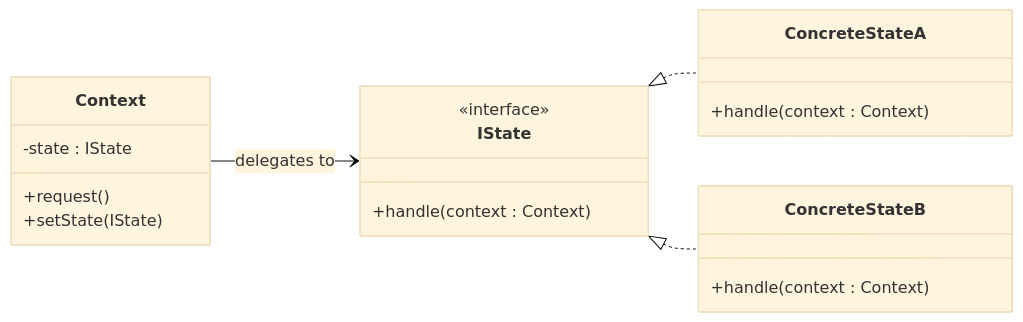
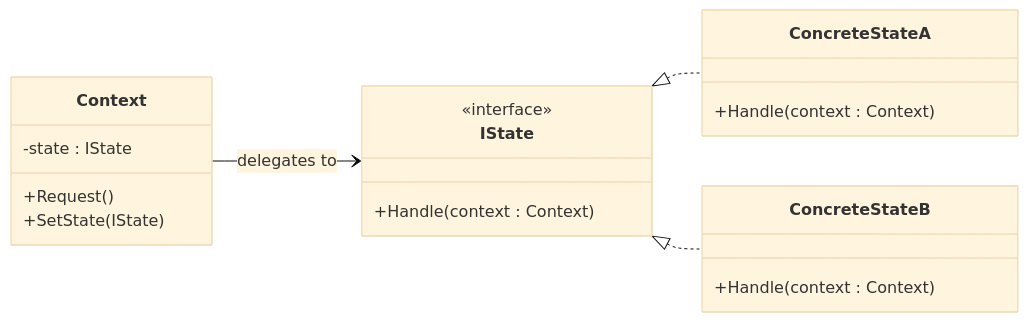
Before and after one commit to jeff-adkisson/swe-4743-spring-2026-oo-design: the fifth of 18 diagrams in presentations/12-state-machine-pattern.md, drawn with Mermaid (base theme). The commit also changed other lines of this file, not shown here.

````diff
--- a/presentations/12-state-machine-pattern.md
+++ b/presentations/12-state-machine-pattern.md
@@ -202,26 +202,26 @@
 ```mermaid
 classDiagram
  		direction LR
     class Context {
         -state : IState
-        +request()
-        +setState(IState)
+        +Request()
+        +SetState(IState)
     }
 
     class IState {
         <<interface>>
-        +handle(context : Context)
+        +Handle(context : Context)
     }
 
     class ConcreteStateA {
-        +handle(context : Context)
+        +Handle(context : Context)
     }
 
     class ConcreteStateB {
-        +handle(context : Context)
+        +Handle(context : Context)
     }
 
     Context --> IState : delegates to
     IState <|.. ConcreteStateA
     IState <|.. ConcreteStateB
 ```
````
